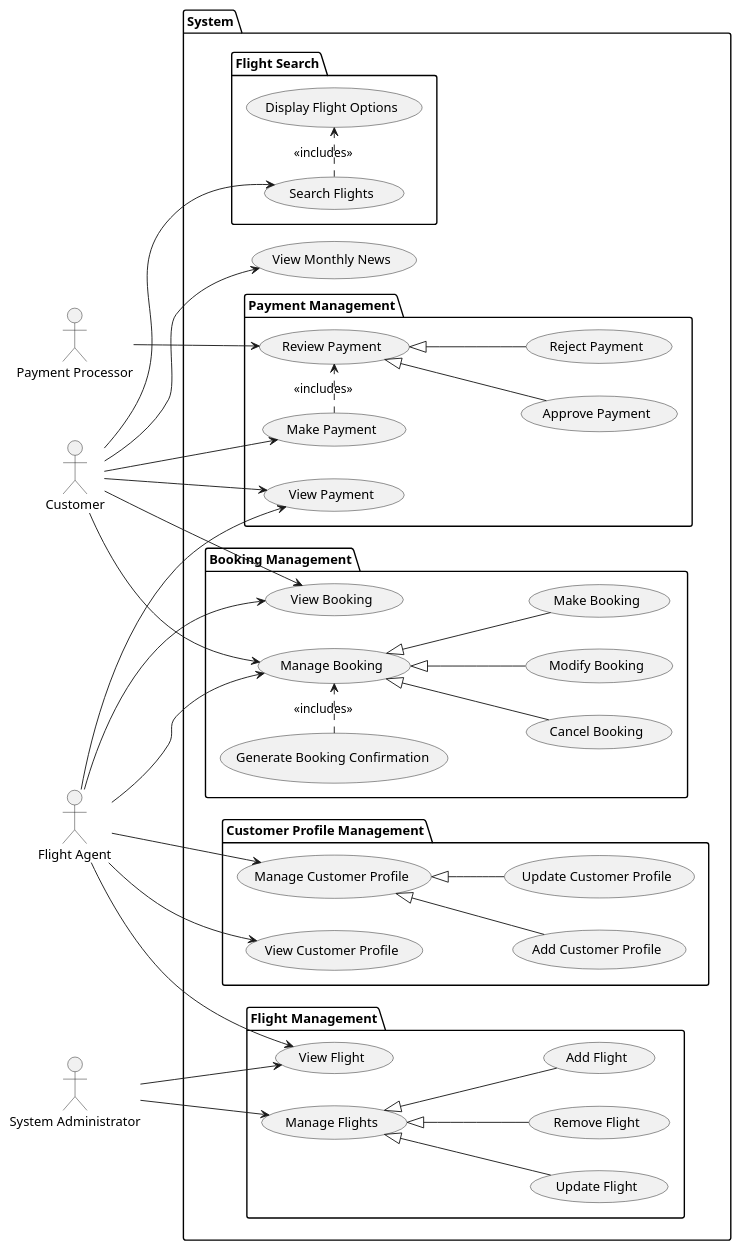
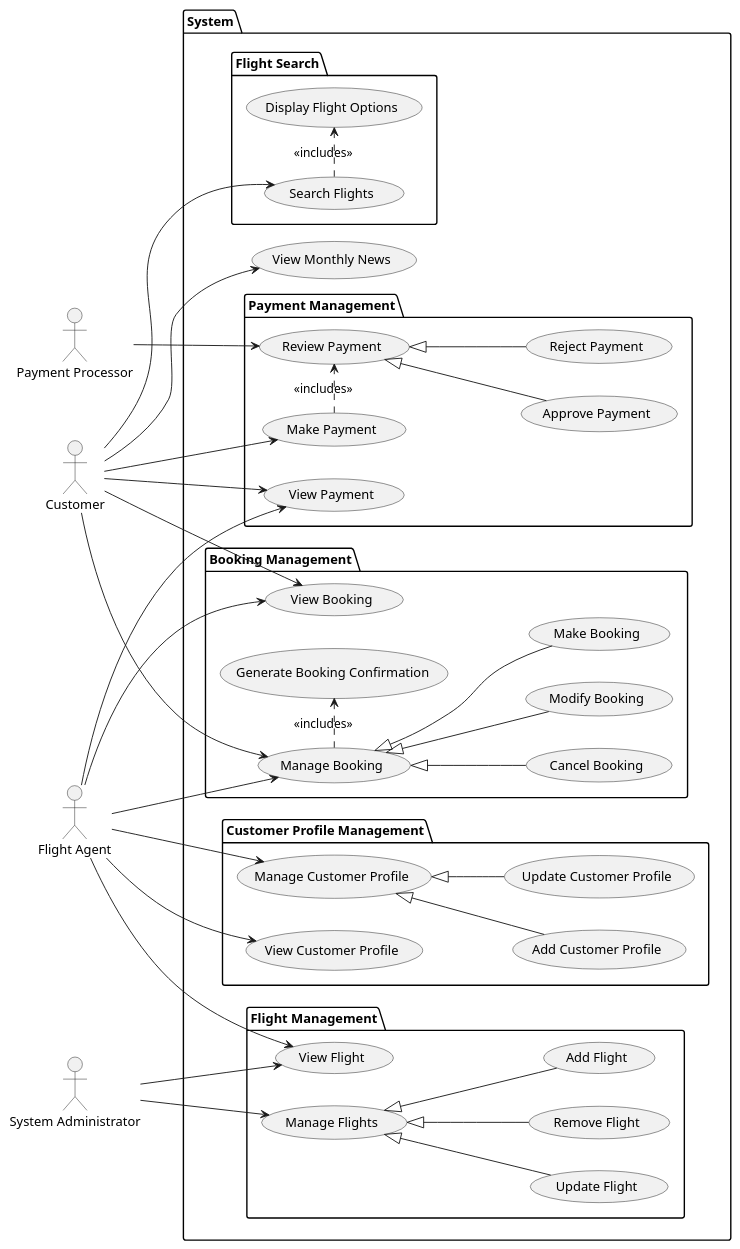
One commit to camdnnn/614-Project changed the diagram in docs/diagrams/usecase/system.puml. Above: the diagram before and after it, drawn with PlantUML. The commit also changed 1 other file, not shown here.

```diff
--- a/docs/diagrams/usecase/system.puml
+++ b/docs/diagrams/usecase/system.puml
@@ -1,89 +1,89 @@
 @startuml SystemUseCaseDiagram
 left to right direction
 actor "Customer" as Customer
 actor "Flight Agent" as Agent
 actor "System Administrator" as Admin
 
 package "System" {
     package "Flight Search" {
         usecase "Search Flights" as UC1
         usecase "Display Flight Options" as UC2
     }
 
     package "Payment Management" {
         usecase "Make Payment" as UC16
         usecase "Review Payment" as UC17
         usecase "Approve Payment" as UC18
         usecase "Reject Payment" as UC19
         usecase "View Payment" as UC23
     }
 
     package "Booking Management" {
         usecase "Manage Booking" as UC3
         usecase "Make Booking" as UC4
         usecase "Cancel Booking" as UC5
         usecase "Modify Booking" as UC6
         usecase "Generate Booking Confirmation" as UC7
         usecase "View Booking" as UC21
     }
 
     package "Customer Profile Management" {
         usecase "Manage Customer Profile" as UC8
         usecase "Add Customer Profile" as UC9
         usecase "Update Customer Profile" as UC11
         usecase "View Customer Profile" as UC10
     }
 
     package "Flight Management" {
         usecase "Manage Flights" as UC12
         usecase "Add Flight" as UC13
         usecase "Update Flight" as UC14
         usecase "Remove Flight" as UC15
         usecase "View Flight" as UC22
     }
 
     usecase "View Monthly News" as UC20
 }
 
 actor "Payment Processor" as Processor
 
 UC1 .> UC2 : <<includes>>
 
 Customer --> UC1
 
 UC3 <|-- UC4
 UC3 <|-- UC5
 UC3 <|-- UC6
 
-UC7 .> UC3 : <<includes>>
+UC3 .> UC7 : <<includes>>
 
 Customer --> UC3
 Agent --> UC3
 Customer --> UC21
 Agent --> UC21
 
 UC8 <|-- UC9
 UC8 <|-- UC11
 
 Agent --> UC8
 Agent --> UC10
 
 UC12 <|-- UC13
 UC12 <|-- UC14
 UC12 <|-- UC15
 
 Admin --> UC12
 Admin --> UC22
 Agent --> UC22
 
 UC16 .> UC17 : <<includes>>
 UC17 <|-- UC18
 UC17 <|-- UC19
 
 Customer --> UC16
 Processor --> UC17
 
 Customer --> UC20
 Customer --> UC23
 Agent --> UC23
 @enduml
```
